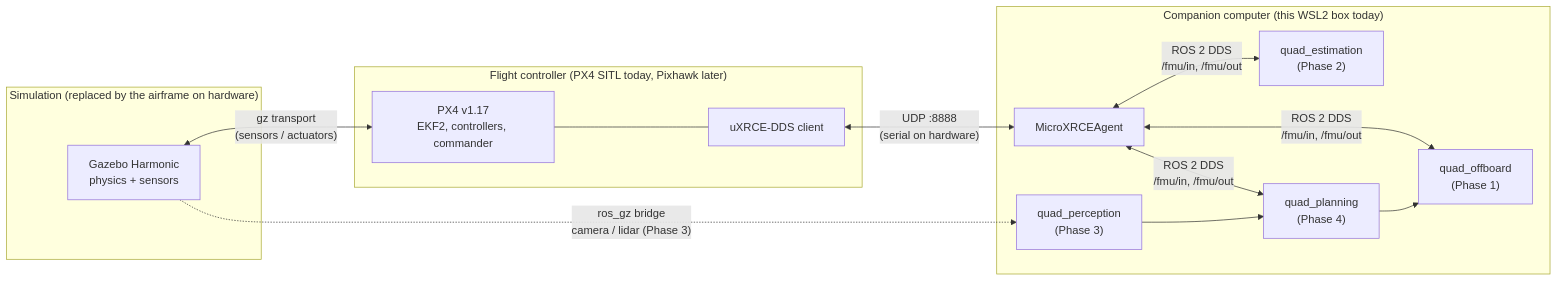
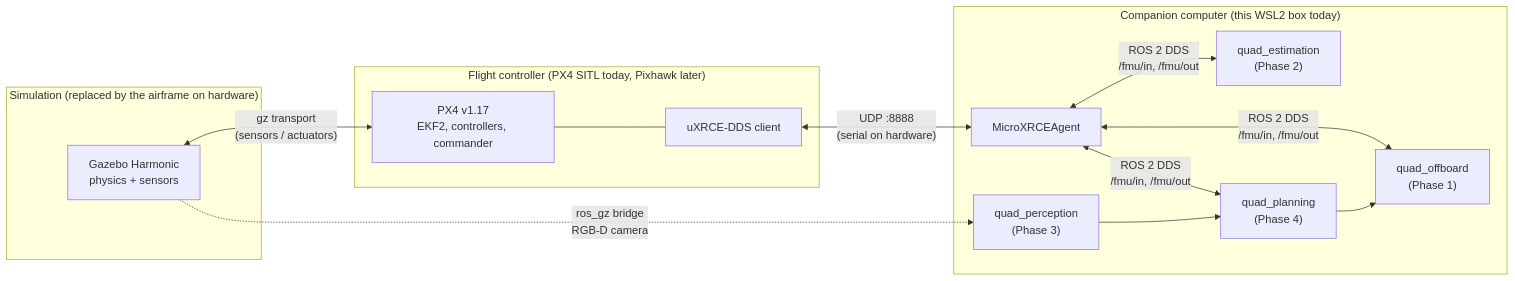
One commit to W7RP/quad-autonomy-sim changed the diagram in README.md. Above: the diagram before and after it, drawn with Mermaid. The commit also changed other lines of this file and 4 other files, not shown here.

````diff
--- a/README.md
+++ b/README.md
@@ -17,23 +117,23 @@
 ```mermaid
 flowchart LR
   subgraph SIM["Simulation (replaced by the airframe on hardware)"]
     GZ["Gazebo Harmonic<br/>physics + sensors"]
   end
   subgraph FC["Flight controller (PX4 SITL today, Pixhawk later)"]
     PX4["PX4 v1.17<br/>EKF2, controllers, commander"]
     XC["uXRCE-DDS client"]
   end
   subgraph CC["Companion computer (this WSL2 box today)"]
     AG["MicroXRCEAgent"]
     OFF["quad_offboard<br/>(Phase 1)"]
     EST["quad_estimation<br/>(Phase 2)"]
     PER["quad_perception<br/>(Phase 3)"]
     PLN["quad_planning<br/>(Phase 4)"]
   end
   GZ <-- "gz transport<br/>(sensors / actuators)" --> PX4
   PX4 --- XC
   XC <-- "UDP :8888<br/>(serial on hardware)" --> AG
   AG <-- "ROS 2 DDS<br/>/fmu/in, /fmu/out" --> OFF & EST & PLN
-  GZ -. "ros_gz bridge<br/>camera / lidar (Phase 3)" .-> PER
+  GZ -. "ros_gz bridge<br/>RGB-D camera" .-> PER
   PER --> PLN --> OFF
 ```
````
